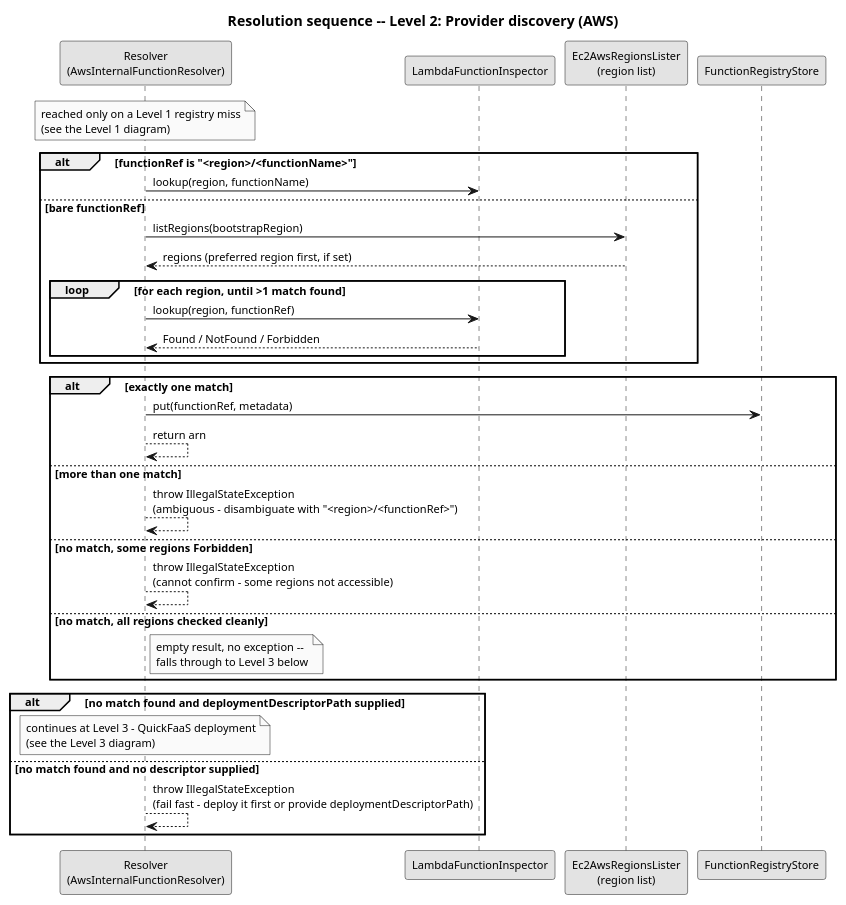
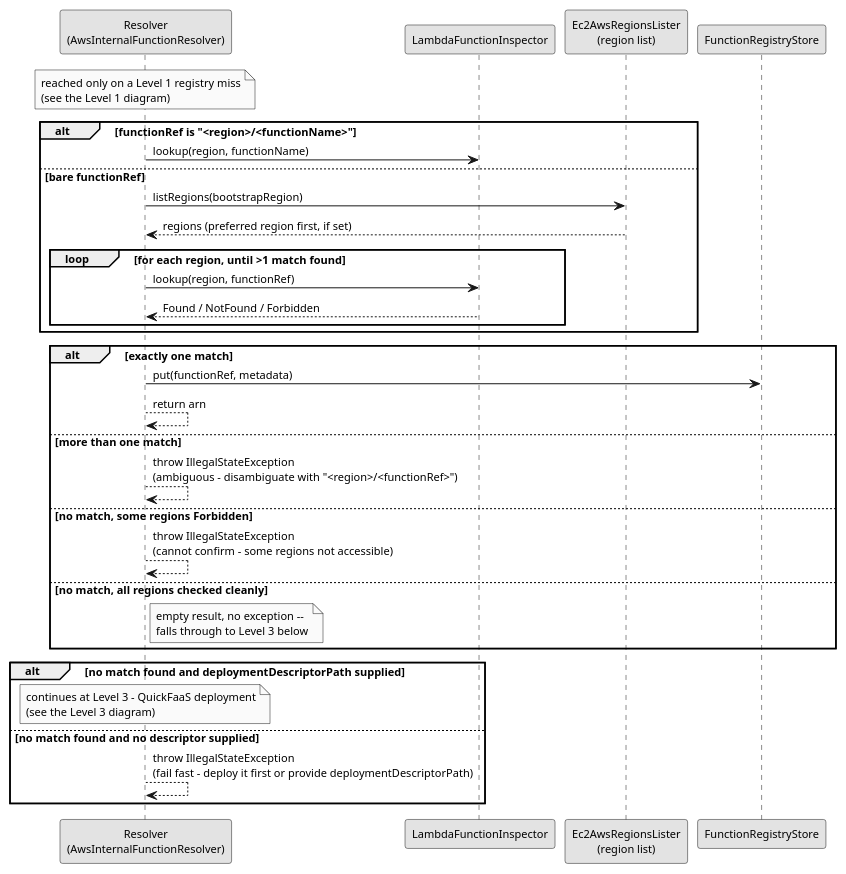
Before and after one commit to EngenheiroPedroCarvalho/ISEL-Thesis-2526: the diagram in diagrams/resolution-cascade-level2-aws.puml, drawn with PlantUML. The commit also changed 52 other files, not shown here.

First line of the commit message:
Drop diagram titles and use "deployment" in the Resumo

```diff
--- a/diagrams/resolution-cascade-level2-aws.puml
+++ b/diagrams/resolution-cascade-level2-aws.puml
@@ -1,50 +1,48 @@
 @startuml resolution-cascade-level2-aws
 skinparam monochrome true
 skinparam shadowing false
 skinparam defaultFontSize 11
-title Resolution sequence -- Level 2: Provider discovery (AWS)
-
 participant "Resolver\n(AwsInternalFunctionResolver)" as R
 participant "LambdaFunctionInspector" as AI
 participant "Ec2AwsRegionsLister\n(region list)" as AL
 participant "FunctionRegistryStore" as REG
 
 note over R
   reached only on a Level 1 registry miss
   (see the Level 1 diagram)
 end note
 
 alt functionRef is "<region>/<functionName>"
   R -> AI : lookup(region, functionName)
 else bare functionRef
   R -> AL : listRegions(bootstrapRegion)
   AL --> R : regions (preferred region first, if set)
   loop for each region, until >1 match found
     R -> AI : lookup(region, functionRef)
     AI --> R : Found / NotFound / Forbidden
   end
 end
 
 alt exactly one match
   R -> REG : put(functionRef, metadata)
   R --> R : return arn
 else more than one match
   R --> R : throw IllegalStateException\n(ambiguous - disambiguate with "<region>/<functionRef>")
 else no match, some regions Forbidden
   R --> R : throw IllegalStateException\n(cannot confirm - some regions not accessible)
 else no match, all regions checked cleanly
   note right of R
     empty result, no exception --
     falls through to Level 3 below
   end note
 end
 
 alt no match found and deploymentDescriptorPath supplied
   note over R
     continues at Level 3 - QuickFaaS deployment
     (see the Level 3 diagram)
   end note
 else no match found and no descriptor supplied
   R --> R : throw IllegalStateException\n(fail fast - deploy it first or provide deploymentDescriptorPath)
 end
 @enduml
```
